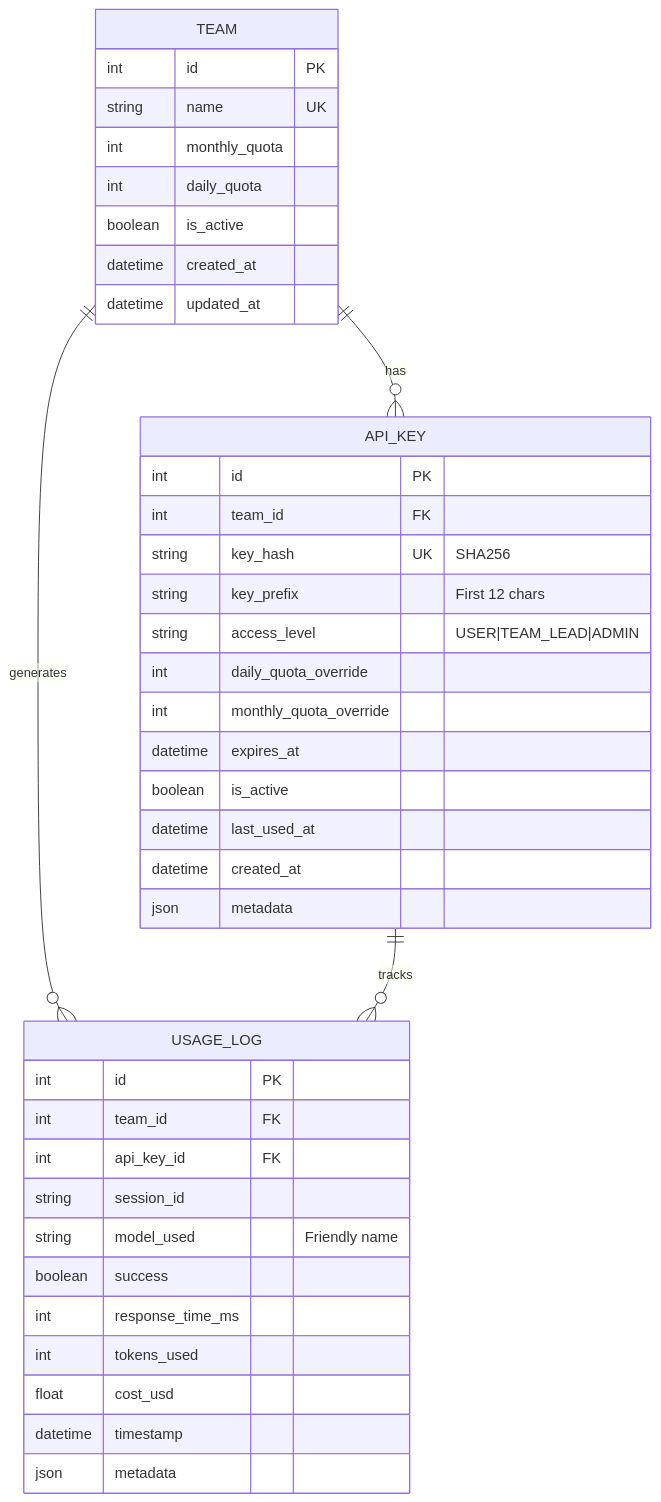
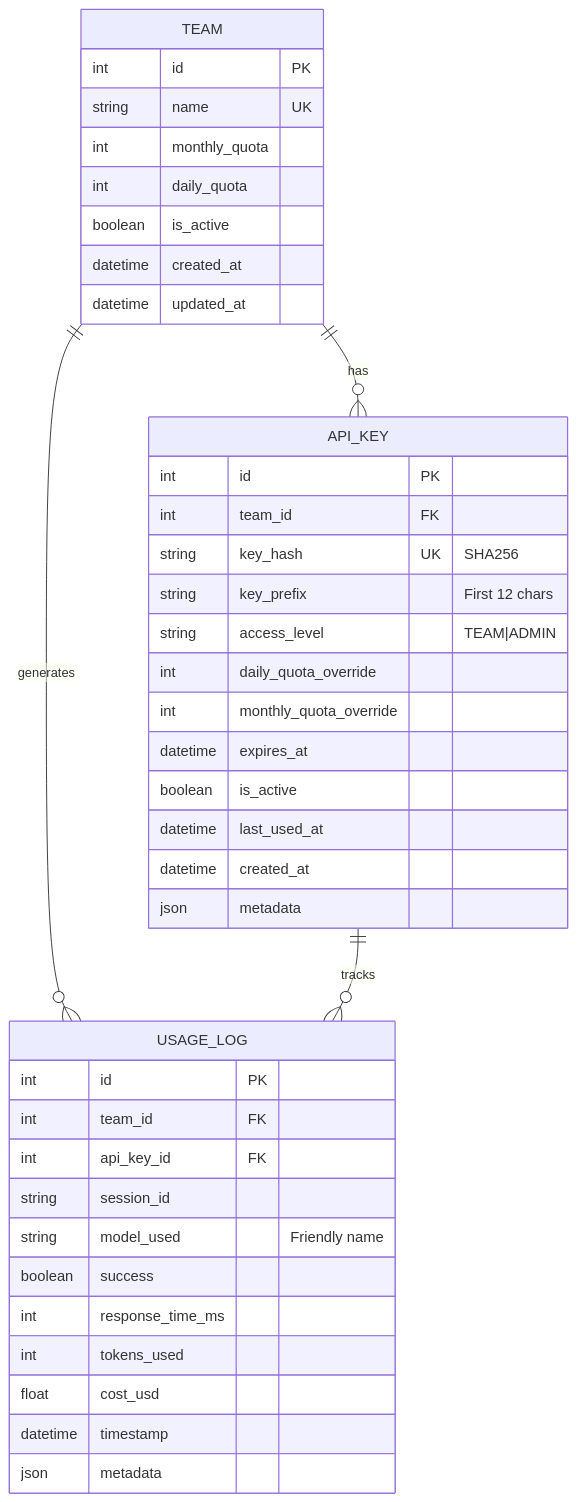
One commit to NeoHosseinism/Arash-Bot changed the third of 20 diagrams in ARCHITECTURE.md. Above: the diagram before and after it, drawn with Mermaid. The commit also changed other lines of this file and 11 other files, not shown here.

````diff
--- a/ARCHITECTURE.md
+++ b/ARCHITECTURE.md
@@ -186,45 +186,45 @@
 ```mermaid
 erDiagram
     TEAM ||--o{ API_KEY : has
     TEAM ||--o{ USAGE_LOG : generates
     API_KEY ||--o{ USAGE_LOG : tracks
 
     TEAM {
         int id PK
         string name UK
         int monthly_quota
         int daily_quota
         boolean is_active
         datetime created_at
         datetime updated_at
     }
 
     API_KEY {
         int id PK
         int team_id FK
         string key_hash UK "SHA256"
         string key_prefix "First 12 chars"
-        string access_level "USER|TEAM_LEAD|ADMIN"
+        string access_level "TEAM|ADMIN"
         int daily_quota_override
         int monthly_quota_override
         datetime expires_at
         boolean is_active
         datetime last_used_at
         datetime created_at
         json metadata
     }
 
     USAGE_LOG {
         int id PK
         int team_id FK
         int api_key_id FK
         string session_id
         string model_used "Friendly name"
         boolean success
         int response_time_ms
         int tokens_used
         float cost_usd
         datetime timestamp
         json metadata
     }
 ```
````
